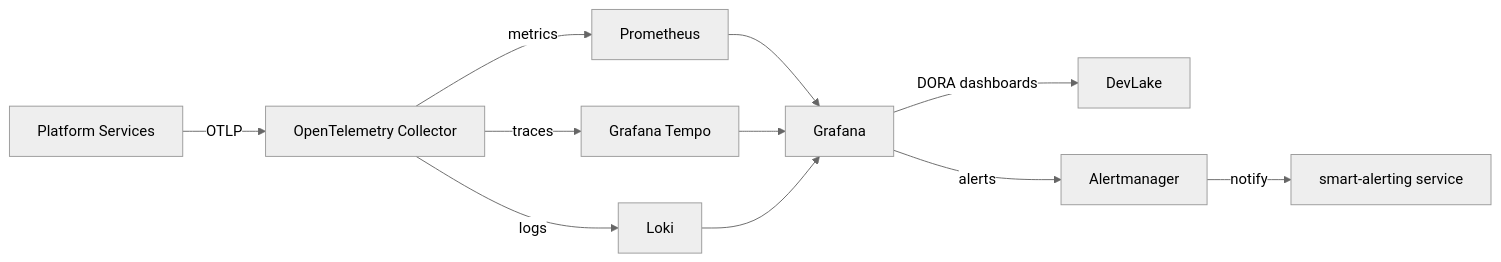
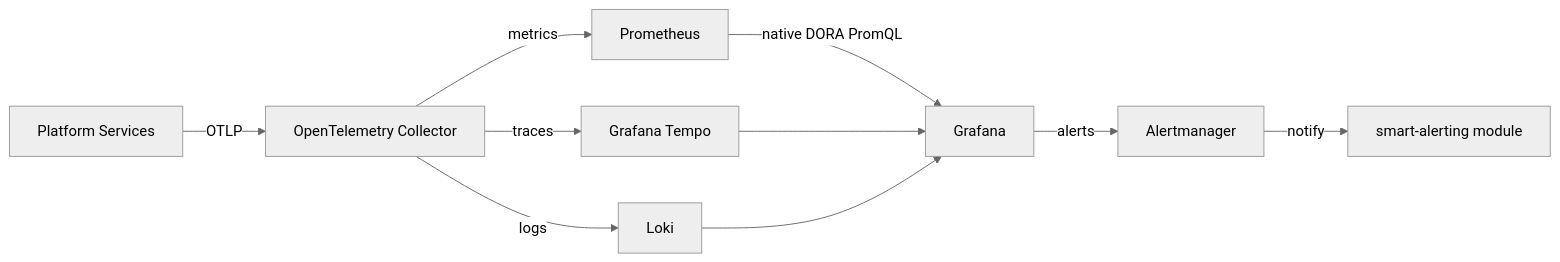
The third of 4 diagrams in docs/ARCHITECTURE.md (paruff/fawkes), drawn with Mermaid (neutral theme) before and after one commit. The commit also changed other lines of this file and 15 other files, not shown here.

Commit message:
feat(arch): integrate architect feedback — Tekton, 2 monoliths, OpenBao, native DORA (#2091)

````diff
--- a/docs/ARCHITECTURE.md
+++ b/docs/ARCHITECTURE.md
@@ -374,15 +364,14 @@
 ```mermaid
 graph LR
     Apps[Platform Services] -->|OTLP| OTel[OpenTelemetry Collector]
     OTel -->|metrics| Prom[Prometheus]
     OTel -->|traces| Tempo[Grafana Tempo]
     OTel -->|logs| Loki[Loki]
 
-    Prom --> Grafana[Grafana]
+    Prom -->|native DORA PromQL| Grafana[Grafana]
     Tempo --> Grafana
     Loki --> Grafana
 
-    Grafana -->|DORA dashboards| DevLake[DevLake]
     Grafana -->|alerts| Alertmanager[Alertmanager]
-    Alertmanager -->|notify| SmartAlerting[smart-alerting service]
+    Alertmanager -->|notify| SmartAlerting[smart-alerting module]
 ```
````
